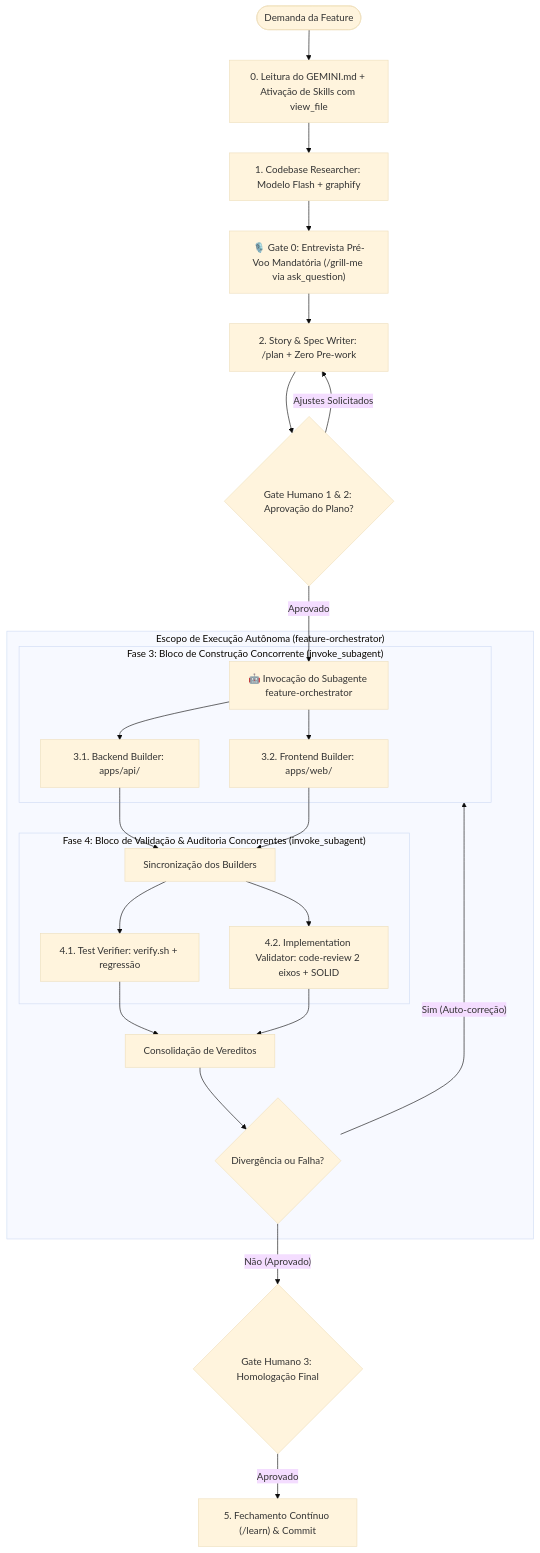
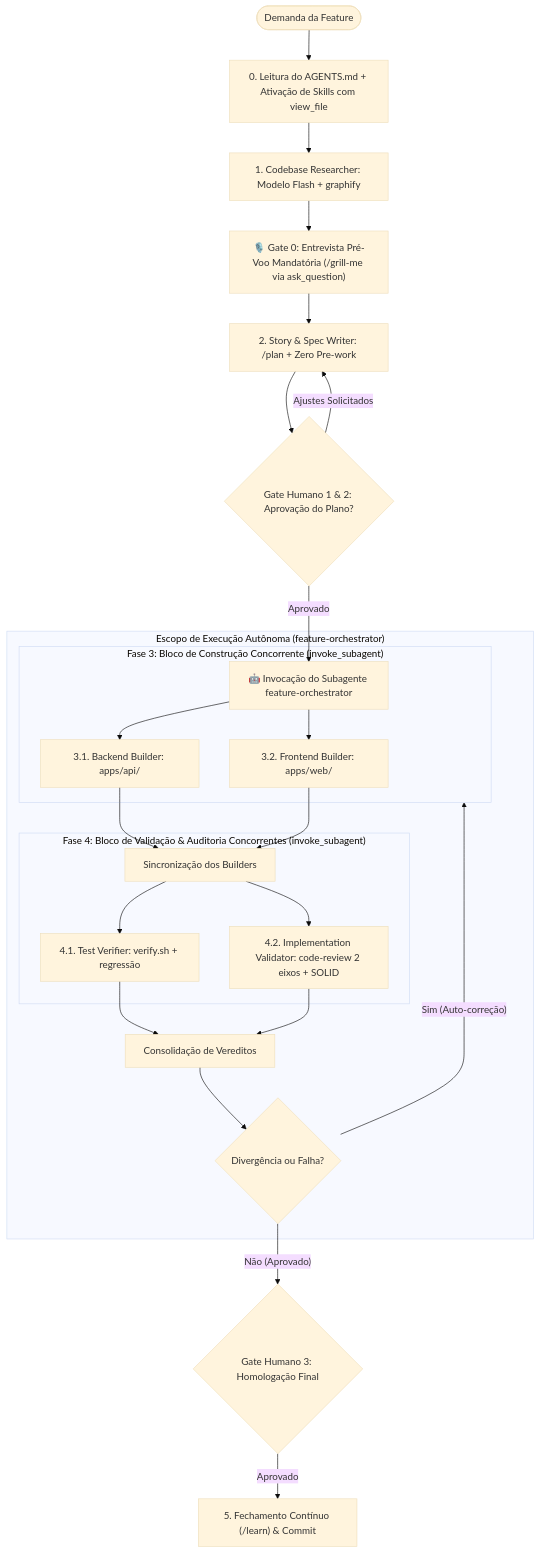
One commit to luis-henrique-carvalho/tiktok-gamer-lives changed the diagram in .agents/skills/feature-factory/SKILL.md. Above: the diagram before and after it, drawn with Mermaid (base theme). The commit also changed other lines of this file and 44 other files, not shown here.

````diff
--- a/.agents/skills/feature-factory/SKILL.md
+++ b/.agents/skills/feature-factory/SKILL.md
@@ -54,36 +60,36 @@
 ```mermaid
 flowchart TD
-    START([Demanda da Feature]) --> FASE0[0. Leitura do GEMINI.md + Ativação de Skills com view_file]
+    START([Demanda da Feature]) --> FASE0[0. Leitura do AGENTS.md + Ativação de Skills com view_file]
     FASE0 --> FASE1[1. Codebase Researcher: Modelo Flash + graphify]
     FASE1 --> GRILL_ME["🎙️ Gate 0: Entrevista Pré-Voo Mandatória (/grill-me via ask_question)"]
     GRILL_ME --> FASE2[2. Story & Spec Writer: /plan + Zero Pre-work]
     
     FASE2 --> GATE1{Gate Humano 1 & 2: Aprovação do Plano?}
     GATE1 -- "Ajustes Solicitados" --> FASE2
     
     GATE1 -- "Aprovado" --> ORCH["🤖 Invocação do Subagente feature-orchestrator"]
     
     subgraph ORCH_SCOPE ["Escopo de Execução Autônoma (feature-orchestrator)"]
         subgraph FASE3 ["Fase 3: Bloco de Construção Concorrente (invoke_subagent)"]
             ORCH --> FASE3_BE[3.1. Backend Builder: apps/api/]
             ORCH --> FASE3_FE[3.2. Frontend Builder: apps/web/]
         end
         
         FASE3_BE --> SYNC_BUILD[Sincronização dos Builders]
         FASE3_FE --> SYNC_BUILD
         
         subgraph FASE4 ["Fase 4: Bloco de Validação & Auditoria Concorrentes (invoke_subagent)"]
             SYNC_BUILD --> FASE4_TEST[4.1. Test Verifier: verify.sh + regressão]
             SYNC_BUILD --> FASE4_VAL[4.2. Implementation Validator: code-review 2 eixos + SOLID]
         end
         
         FASE4_TEST --> SYNC_VAL[Consolidação de Vereditos]
         FASE4_VAL --> SYNC_VAL
         
         SYNC_VAL --> CHECK_FAIL{Divergência ou Falha?}
         CHECK_FAIL -- "Sim (Auto-correção)" --> FASE3
     end
     
     CHECK_FAIL -- "Não (Aprovado)" --> GATE3{Gate Humano 3: Homologação Final}
     GATE3 -- "Aprovado" --> FASE5["5. Fechamento Contínuo (/learn) & Commit"]
 ```
````
